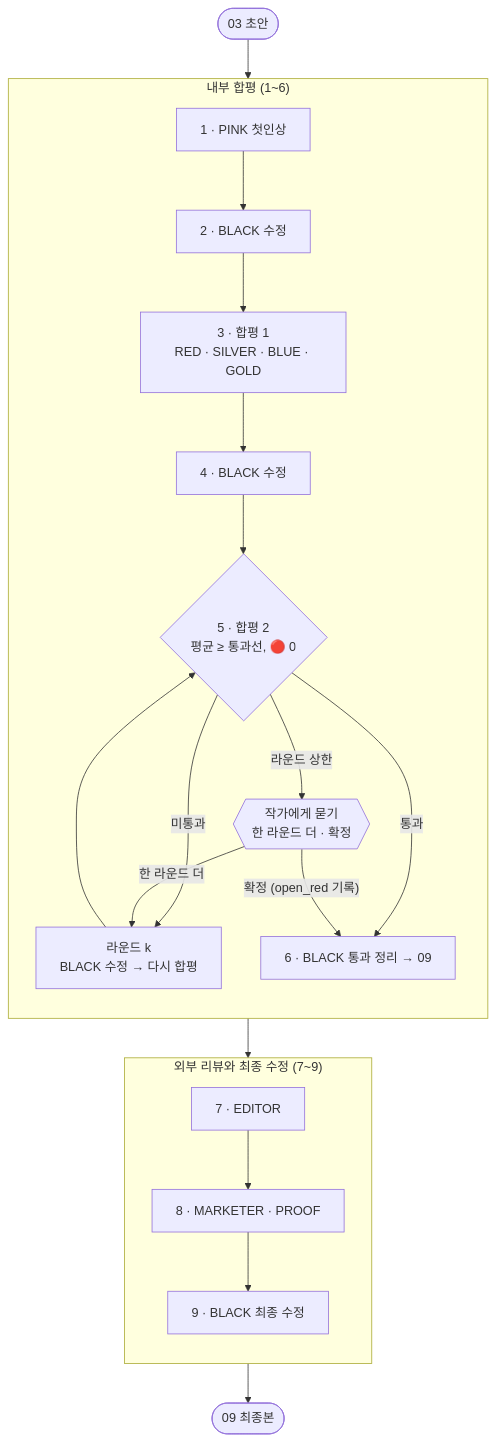
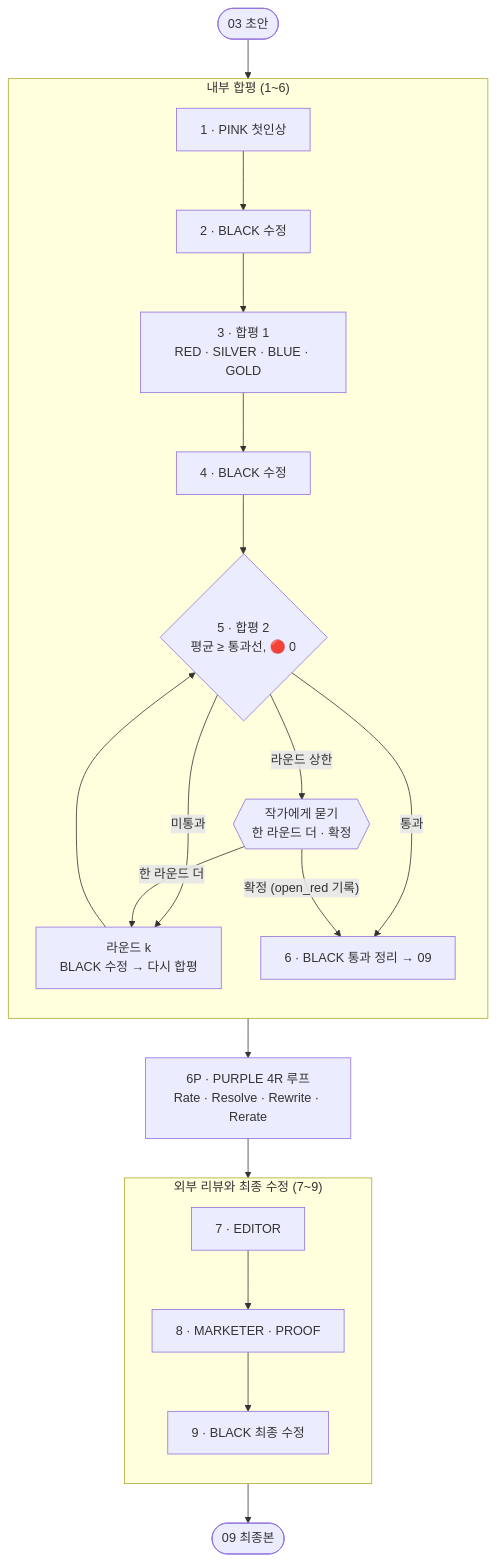
The second of 4 diagrams in README.md (bookroasting/novel-writing), drawn with Mermaid before and after one commit. The commit also changed other lines of this file and 18 other files, not shown here.

````diff
--- a/README.md
+++ b/README.md
@@ -90,27 +90,28 @@
 ```mermaid
 flowchart TB
     D1(["03 초안"]) --> P1
 
     subgraph IN["내부 합평 (1~6)"]
         direction TB
         P1["1 · PINK 첫인상"] --> W2["2 · BLACK 수정"]
         W2 --> E3["3 · 합평 1<br/>RED · SILVER · BLUE · GOLD"]
         E3 --> W4["4 · BLACK 수정"]
         W4 --> E5{"5 · 합평 2<br/>평균 ≥ 통과선, 🔴 0"}
         E5 -- "미통과" --> RK["라운드 k<br/>BLACK 수정 → 다시 합평"]
         RK --> E5
         E5 -- "라운드 상한" --> G{{"작가에게 묻기<br/>한 라운드 더 · 확정"}}
         G -- "한 라운드 더" --> RK
         E5 -- "통과" --> F6["6 · BLACK 통과 정리 → 09"]
         G -- "확정 (open_red 기록)" --> F6
     end
 
     subgraph EX["외부 리뷰와 최종 수정 (7~9)"]
         direction TB
         X7["7 · EDITOR"] --> X8["8 · MARKETER · PROOF"]
         X8 --> F9["9 · BLACK 최종 수정"]
     end
 
-    F6 --> X7
+    F6 --> PU["6P · PURPLE 4R 루프<br/>Rate · Resolve · Rewrite · Rerate"]
+    PU --> X7
     F9 --> OUT(["09 최종본"])
 ```
````
